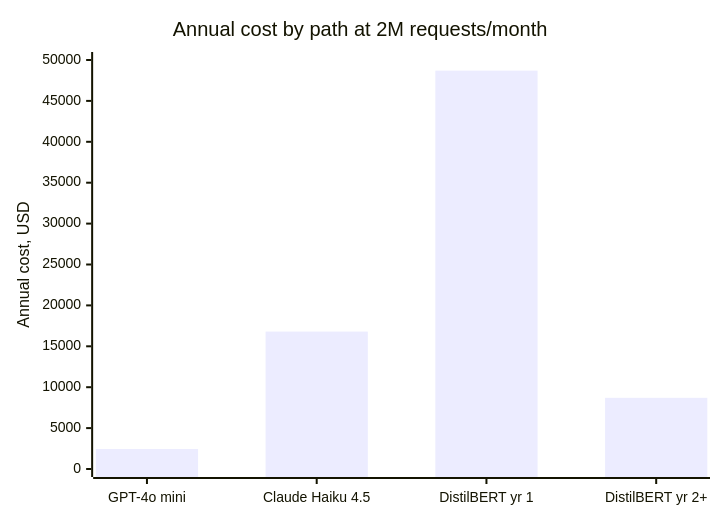
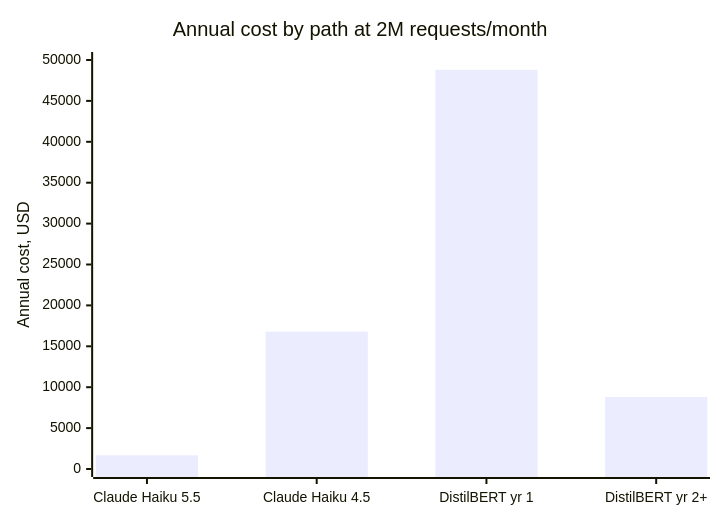
Before and after one commit to rppol/system-design: the fourth of 4 diagrams in src/main/java/com/rutik/systemdesign/ml/ml_system_design/classical_ml_vs_llm.md, drawn with Mermaid. The commit also changed other lines of this file and 96 other files, not shown here.

````diff
--- a/src/main/java/com/rutik/systemdesign/ml/ml_system_design/classical_ml_vs_llm.md
+++ b/src/main/java/com/rutik/systemdesign/ml/ml_system_design/classical_ml_vs_llm.md
@@ -326,7 +328,7 @@
 ```mermaid
 xychart-beta
     title "Annual cost by path at 2M requests/month"
-    x-axis ["GPT-4o mini", "Claude Haiku 4.5", "DistilBERT yr 1", "DistilBERT yr 2+"]
+    x-axis ["Claude Haiku 5.5", "Claude Haiku 4.5", "DistilBERT yr 1", "DistilBERT yr 2+"]
     y-axis "Annual cost, USD" 0 --> 50000
-    bar [2450, 16800, 48700, 8700]
+    bar [1680, 16800, 48800, 8800]
 ```
````
